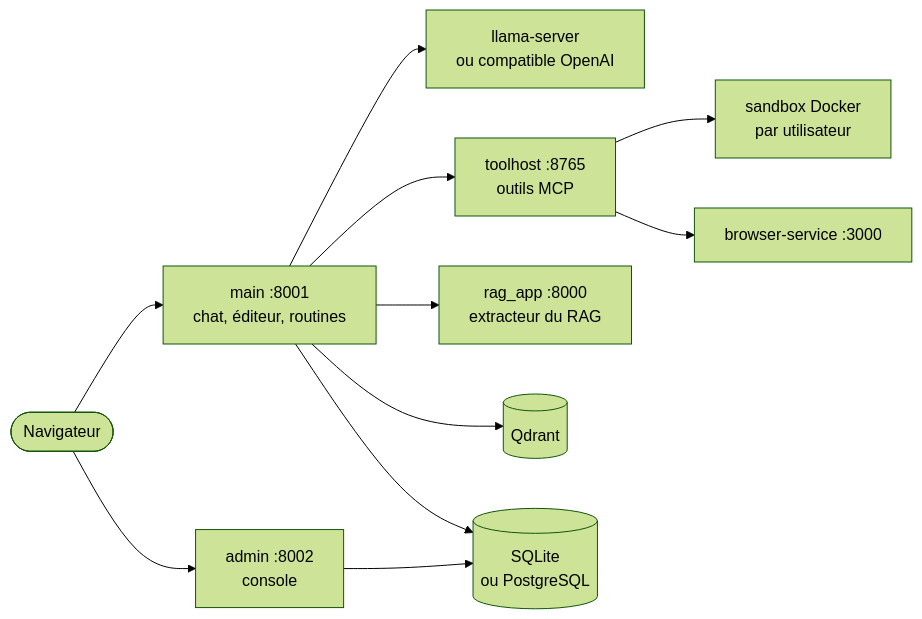
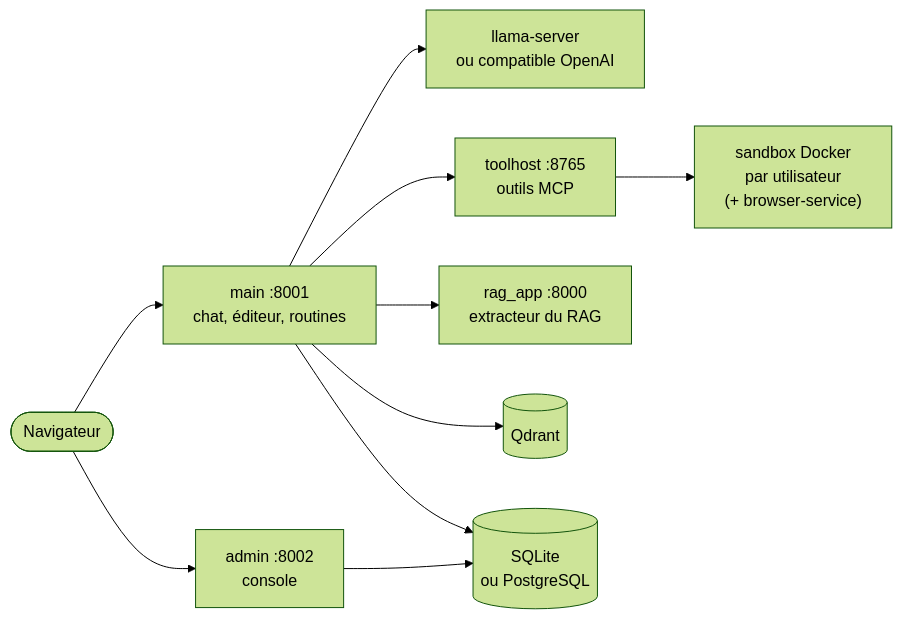
The diagram in README_FR.md (toto-fou/Elpis), drawn with Mermaid (forest theme) before and after one commit. The commit also changed 66 other files, not shown here.

First line of the commit message:
Browser in the sandbox, secret relay and vault login

````diff
--- a/README_FR.md
+++ b/README_FR.md
@@ -60,13 +60,12 @@
 ```mermaid
 flowchart LR
     nav([Navigateur]) --> main["main :8001<br/>chat, éditeur, routines"]
     nav --> admin["admin :8002<br/>console"]
     main --> llm["llama-server<br/>ou compatible OpenAI"]
     main --> toolhost["toolhost :8765<br/>outils MCP"]
     main --> rag["rag_app :8000<br/>extracteur du RAG"]
     main --> qdrant[("Qdrant")]
-    toolhost --> sandbox["sandbox Docker<br/>par utilisateur"]
-    toolhost --> browser["browser-service :3000"]
+    toolhost --> sandbox["sandbox Docker<br/>par utilisateur<br/>(+ browser-service)"]
     main --> db[("SQLite<br/>ou PostgreSQL")]
     admin --> db
 ```
````
